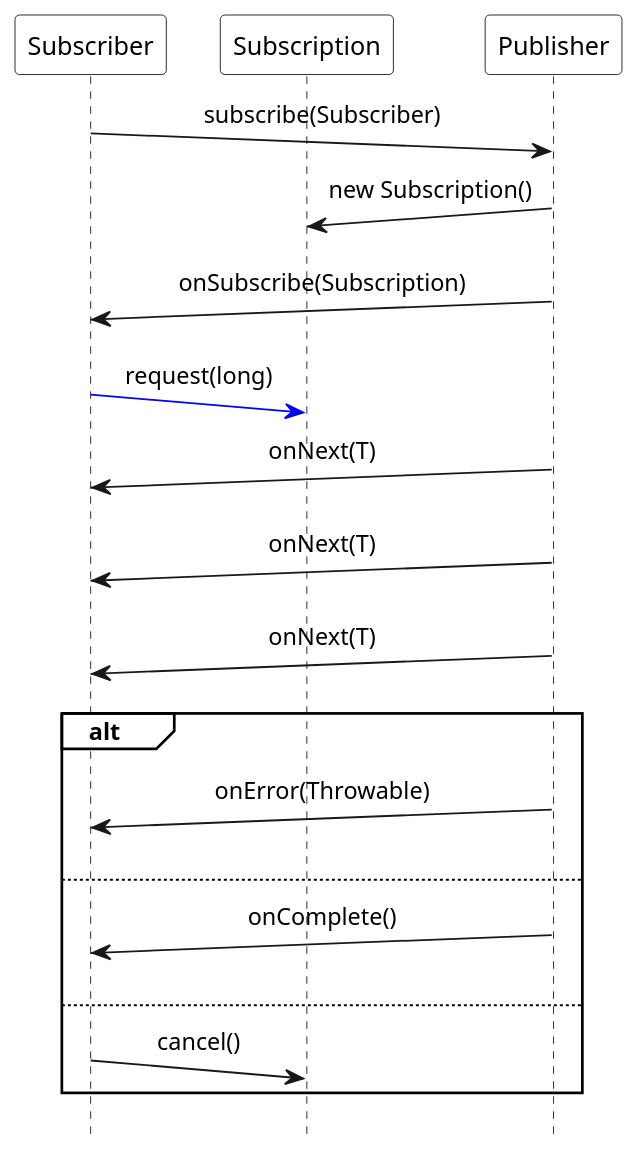
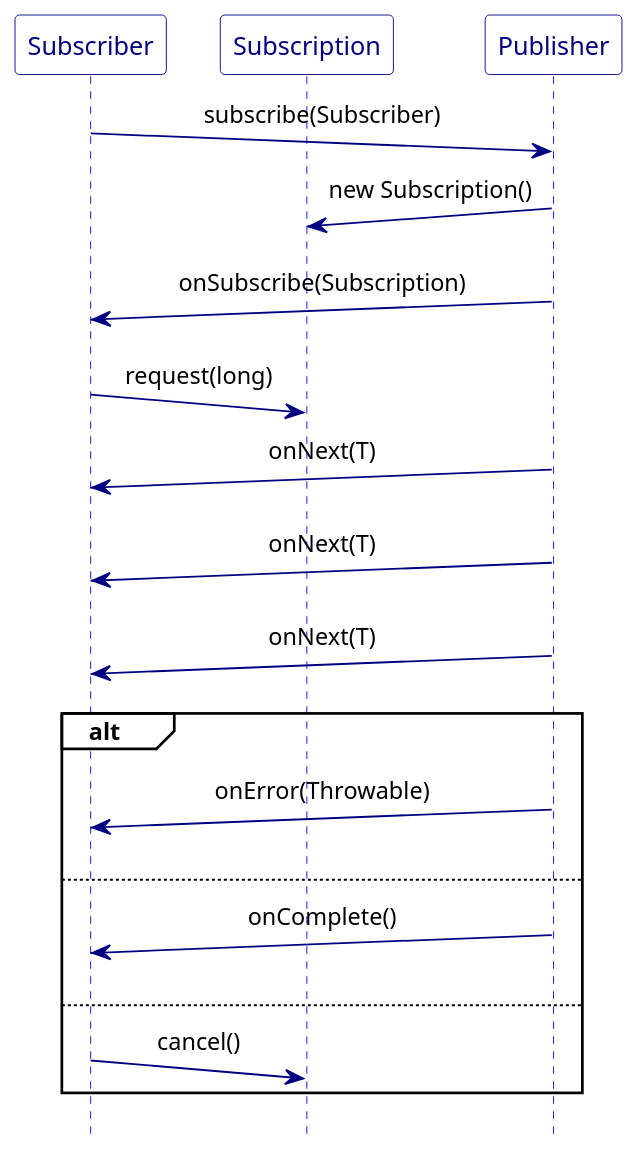
One commit to ti-cortex-m4/demo-java-reactive-streams-old changed the diagram in images/pattern_Reactive_Streams.puml. Above: the diagram before and after it, drawn with PlantUML. The commit also changed 1 other file, not shown here.

```diff
--- a/images/pattern_Reactive_Streams.puml
+++ b/images/pattern_Reactive_Streams.puml
@@ -1,38 +1,52 @@
 @startuml
 
 scale 1.2
 hide footbox
 
 !pragma teoz true
+
+skinparam sequence {
+ArrowColor navy
+ActorBorderColor navy
+LifeLineBorderColor blue
+LifeLineBackgroundColor navy
+
+ParticipantBorderColor navy
+ParticipantBackgroundColor navy
+ParticipantFontColor navy
+
+ActorBackgroundColor navy
+ActorFontColor navy
+}
 
 'skinparam monochrome true
 skinparam defaultFontName Source Sans Pro
 skinparam sequenceMessageAlign center
 skinparam participantBackgroundColor #white
 skinparam noteBackgroundColor #white
 skinparam sequenceGroupBackgroundColor #white
 skinparam participantPadding 10
 
 participant Subscriber
 participant Subscription
 participant Publisher
 
 Subscriber ->(10) Publisher : subscribe(Subscriber)
 Publisher ->(10) Subscription : new Subscription()
 Publisher ->(10) Subscriber : onSubscribe(Subscription)
 
-Subscriber -[#blue]>(10) Subscription : request(long)
+Subscriber ->(10) Subscription : request(long)
 
 Publisher ->(10) Subscriber : onNext(T)
 Publisher ->(10) Subscriber : onNext(T)
 Publisher ->(10) Subscriber : onNext(T)
 
 alt
     Publisher ->(10) Subscriber : onError(Throwable)
 else
     Publisher ->(10) Subscriber : onComplete()
 else
     Subscriber ->(10) Subscription : cancel()
 end
 
 @enduml
```
